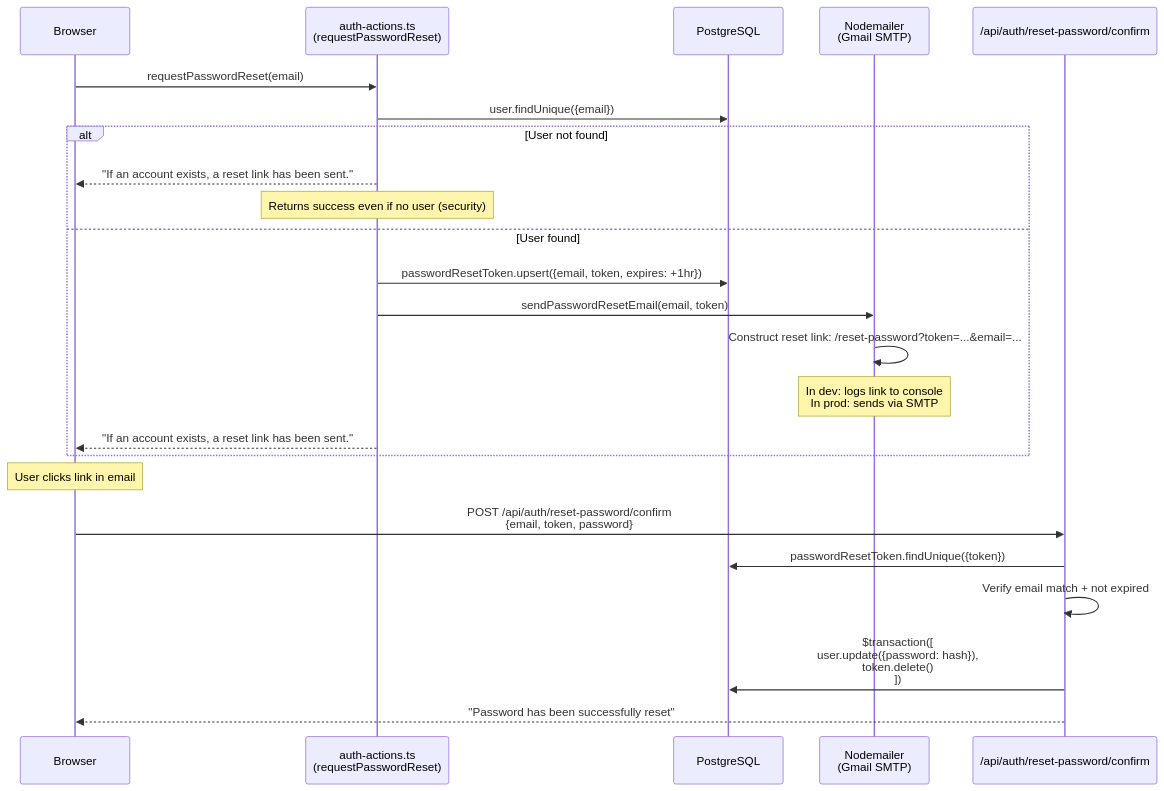
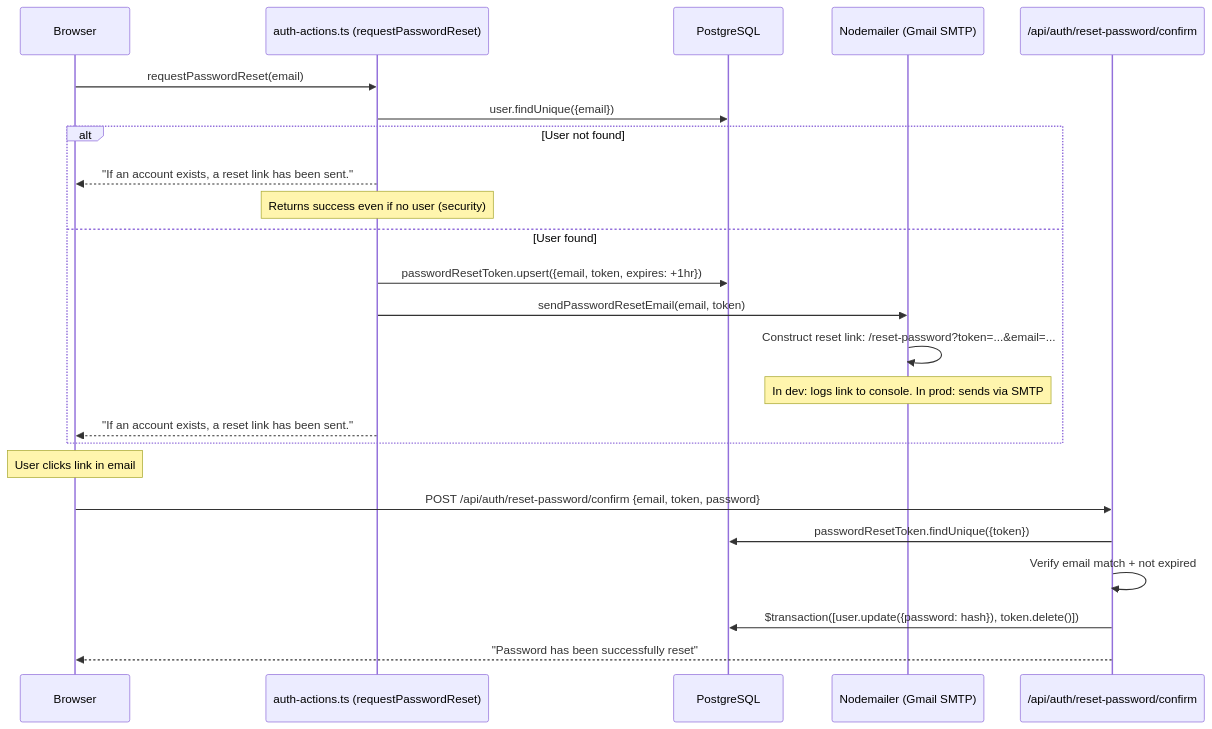
One commit to asefahmed500/Smart-Task-App_IIT_DU_Final_Project changed the fifth of 7 diagrams in docs/02-authentication.md. Above: the diagram before and after it, drawn with Mermaid. The commit also changed other lines of this file and 8 other files, not shown here.

Commit message:
fix: remove br tags from mermaid diagrams for GitHub rendering

````diff
--- a/docs/02-authentication.md
+++ b/docs/02-authentication.md
@@ -204,30 +204,30 @@
 ```mermaid
 sequenceDiagram
     participant Browser
-    participant Action as auth-actions.ts<br/>(requestPasswordReset)
+    participant Action as auth-actions.ts (requestPasswordReset)
     participant DB as PostgreSQL
-    participant Mailer as Nodemailer<br/>(Gmail SMTP)
+    participant Mailer as Nodemailer (Gmail SMTP)
     participant API as /api/auth/reset-password/confirm
 
     Browser->>Action: requestPasswordReset(email)
     Action->>DB: user.findUnique({email})
 
     alt User not found
         Action-->>Browser: "If an account exists, a reset link has been sent."
         Note over Action: Returns success even if no user (security)
     else User found
         Action->>DB: passwordResetToken.upsert({email, token, expires: +1hr})
         Action->>Mailer: sendPasswordResetEmail(email, token)
         Mailer->>Mailer: Construct reset link: /reset-password?token=...&email=...
-        Note over Mailer: In dev: logs link to console<br/>In prod: sends via SMTP
+        Note over Mailer: In dev: logs link to console. In prod: sends via SMTP
         Action-->>Browser: "If an account exists, a reset link has been sent."
     end
 
     Note over Browser: User clicks link in email
 
-    Browser->>API: POST /api/auth/reset-password/confirm<br/>{email, token, password}
+    Browser->>API: POST /api/auth/reset-password/confirm {email, token, password}
     API->>DB: passwordResetToken.findUnique({token})
     API->>API: Verify email match + not expired
-    API->>DB: $transaction([<br/>  user.update({password: hash}),<br/>  token.delete()<br/>])
+    API->>DB: $transaction([user.update({password: hash}), token.delete()])
     API-->>Browser: "Password has been successfully reset"
 ```
````
